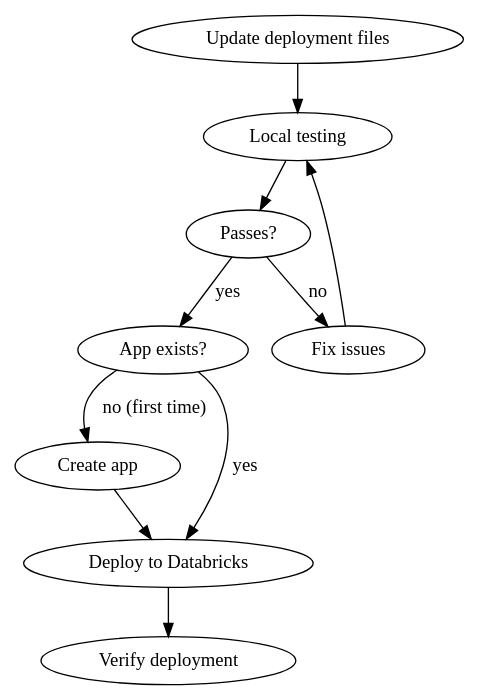
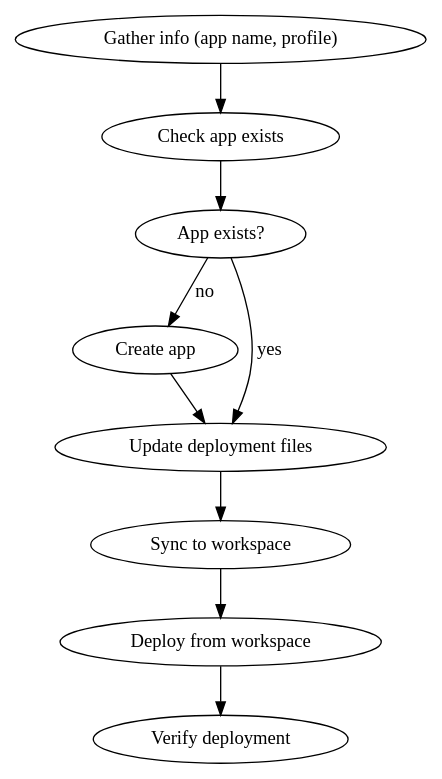
Before and after one commit to datasciencemonkey/brickchat: the diagram in .claude/skills/deploying-to-databricks/SKILL.md, drawn with Graphviz. The commit also changed other lines of this file, not shown here.

First line of the commit message:
feat(skill): add app existence check and workspace sync to deployment skill

````diff
--- a/.claude/skills/deploying-to-databricks/SKILL.md
+++ b/.claude/skills/deploying-to-databricks/SKILL.md
@@ -27,14 +50,13 @@
 ```dot
 digraph deployment {
     rankdir=TB;
-    "Update deployment files" -> "Local testing";
-    "Local testing" -> "Passes?" [shape=diamond];
-    "Passes?" -> "App exists?" [label="yes"];
-    "Passes?" -> "Fix issues" [label="no"];
-    "Fix issues" -> "Local testing";
-    "App exists?" -> "Create app" [label="no (first time)"];
-    "App exists?" -> "Deploy to Databricks" [label="yes"];
-    "Create app" -> "Deploy to Databricks";
-    "Deploy to Databricks" -> "Verify deployment";
+    "Gather info (app name, profile)" -> "Check app exists";
+    "Check app exists" -> "App exists?" [shape=diamond];
+    "App exists?" -> "Create app" [label="no"];
+    "App exists?" -> "Update deployment files" [label="yes"];
+    "Create app" -> "Update deployment files";
+    "Update deployment files" -> "Sync to workspace";
+    "Sync to workspace" -> "Deploy from workspace";
+    "Deploy from workspace" -> "Verify deployment";
 }
 ```
````
